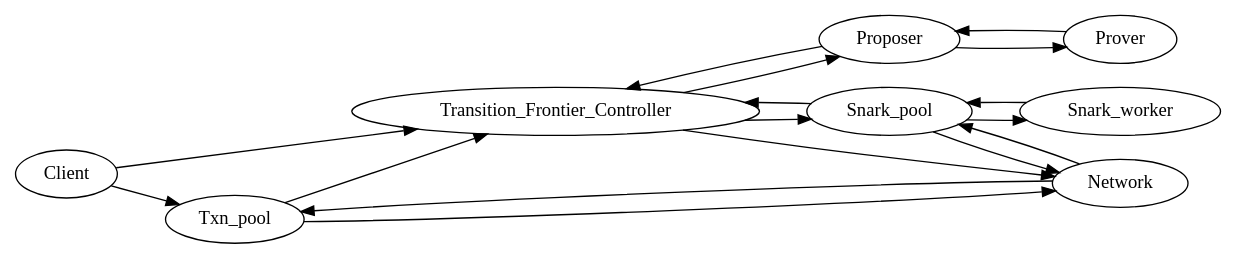
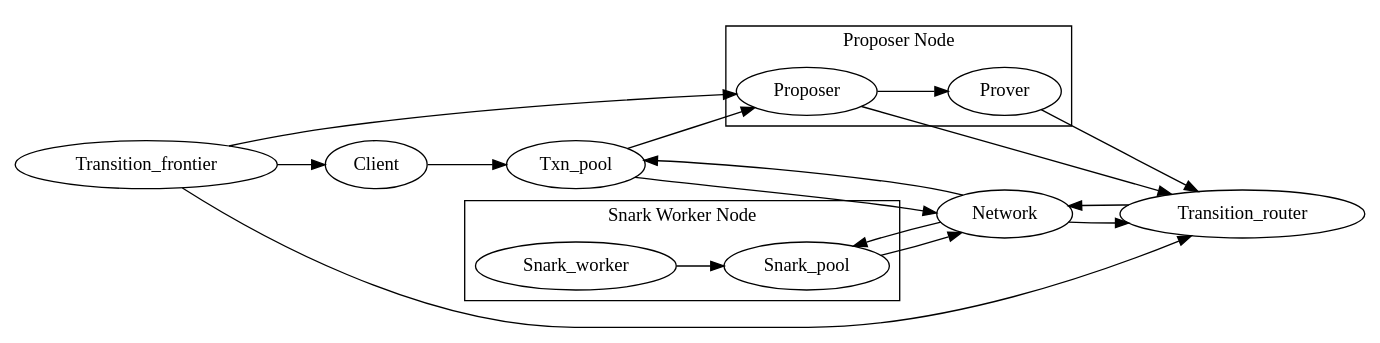
The diagram in docs/res/full_system.dot (MinaProtocol/mina), drawn with Graphviz before and after one commit. The commit also changed 1 other file, not shown here.

Commit message:
Requested changes, follows dataflow

```diff
--- a/docs/res/full_system.dot
+++ b/docs/res/full_system.dot
@@ -1,14 +1,34 @@
+/*
+ * The following diagram shows the dataflow between major components of Coda
+ */
 digraph full_system {
   rankdir=LR;
 
-  {Client} -> {Txn_pool Transition_Frontier_Controller};
-  {Snark_pool} -> {Transition_Frontier_Controller};
-  {Snark_worker} -> {Snark_pool};
-  {Snark_pool} -> {Snark_worker};
-  {Txn_pool} -> {Transition_Frontier_Controller};
-  {Transition_Frontier_Controller} -> {Proposer Network Snark_pool}
-  {Network} -> {Snark_pool Txn_pool};
-  {Snark_pool Txn_pool} -> {Network};
-  {Proposer} -> {Prover Transition_Frontier_Controller};
-  {Prover} -> {Proposer};
+  Client -> Txn_pool;
+  Transition_frontier -> Client;
+  Txn_pool -> Proposer;
+
+  Transition_frontier -> Transition_router;
+  Transition_frontier -> Proposer;
+  Proposer -> Transition_router;
+
+  subgraph cluster_proposing {
+    label="Proposer Node";
+    Proposer -> Prover;
+  }
+
+  Network -> Transition_router;
+  Transition_router -> Network;
+  Prover -> Transition_router;
+
+  Txn_pool -> Network;
+  Network -> Txn_pool;
+
+  Snark_pool -> Network;
+  Network -> Snark_pool;
+
+  subgraph cluster_snark_worker {
+    label="Snark Worker Node";
+    Snark_worker -> Snark_pool;
+  }
 }
```
